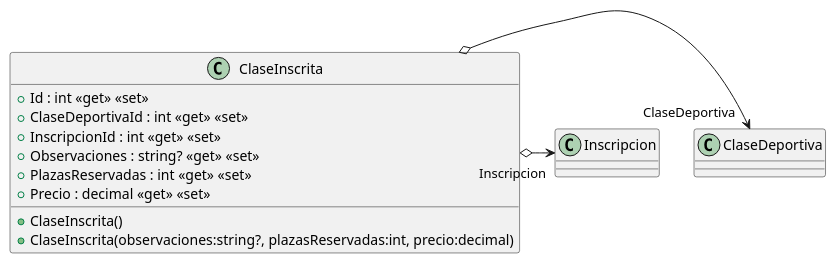
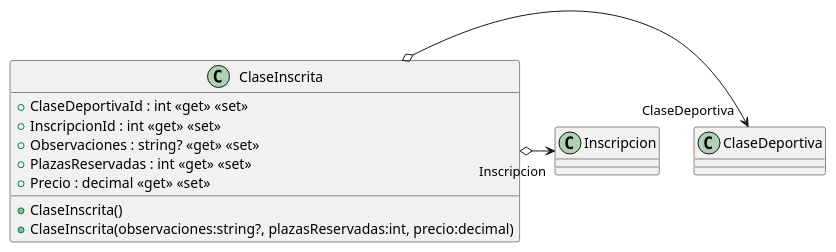
Before and after one commit to ISII2627IsmaelandCompany/-ISII2627IsmaelandCompany: the diagram in src/AppForSEII.API/ClassDiagram/ClaseInscrita.puml, drawn with PlantUML. The commit also changed 4 other files, not shown here.

Commit message:
Ajustar diagrama de clases

```diff
--- a/src/AppForSEII.API/ClassDiagram/ClaseInscrita.puml
+++ b/src/AppForSEII.API/ClassDiagram/ClaseInscrita.puml
@@ -1,14 +1,13 @@
 @startuml
 class ClaseInscrita {
-    + Id : int <<get>> <<set>>
     + ClaseDeportivaId : int <<get>> <<set>>
     + InscripcionId : int <<get>> <<set>>
     + Observaciones : string? <<get>> <<set>>
     + PlazasReservadas : int <<get>> <<set>>
     + Precio : decimal <<get>> <<set>>
     + ClaseInscrita()
     + ClaseInscrita(observaciones:string?, plazasReservadas:int, precio:decimal)
 }
 ClaseInscrita o-> "ClaseDeportiva" ClaseDeportiva
 ClaseInscrita o-> "Inscripcion" Inscripcion
 @enduml
```
